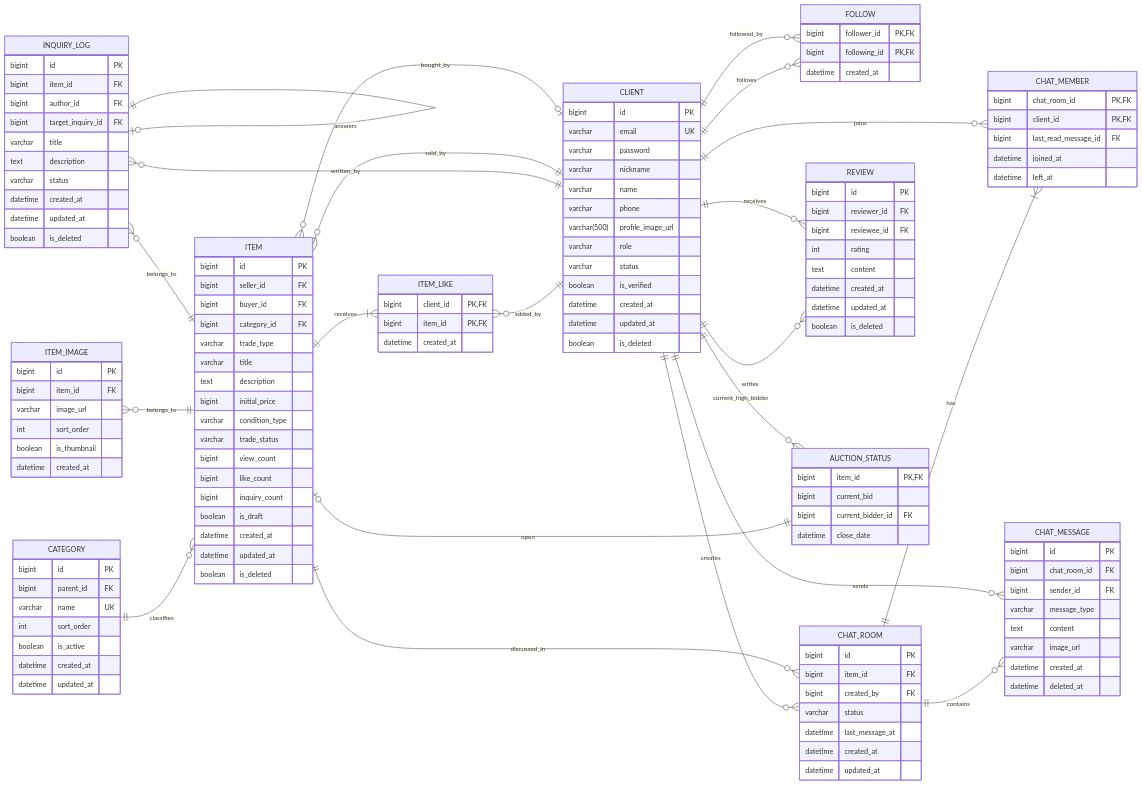
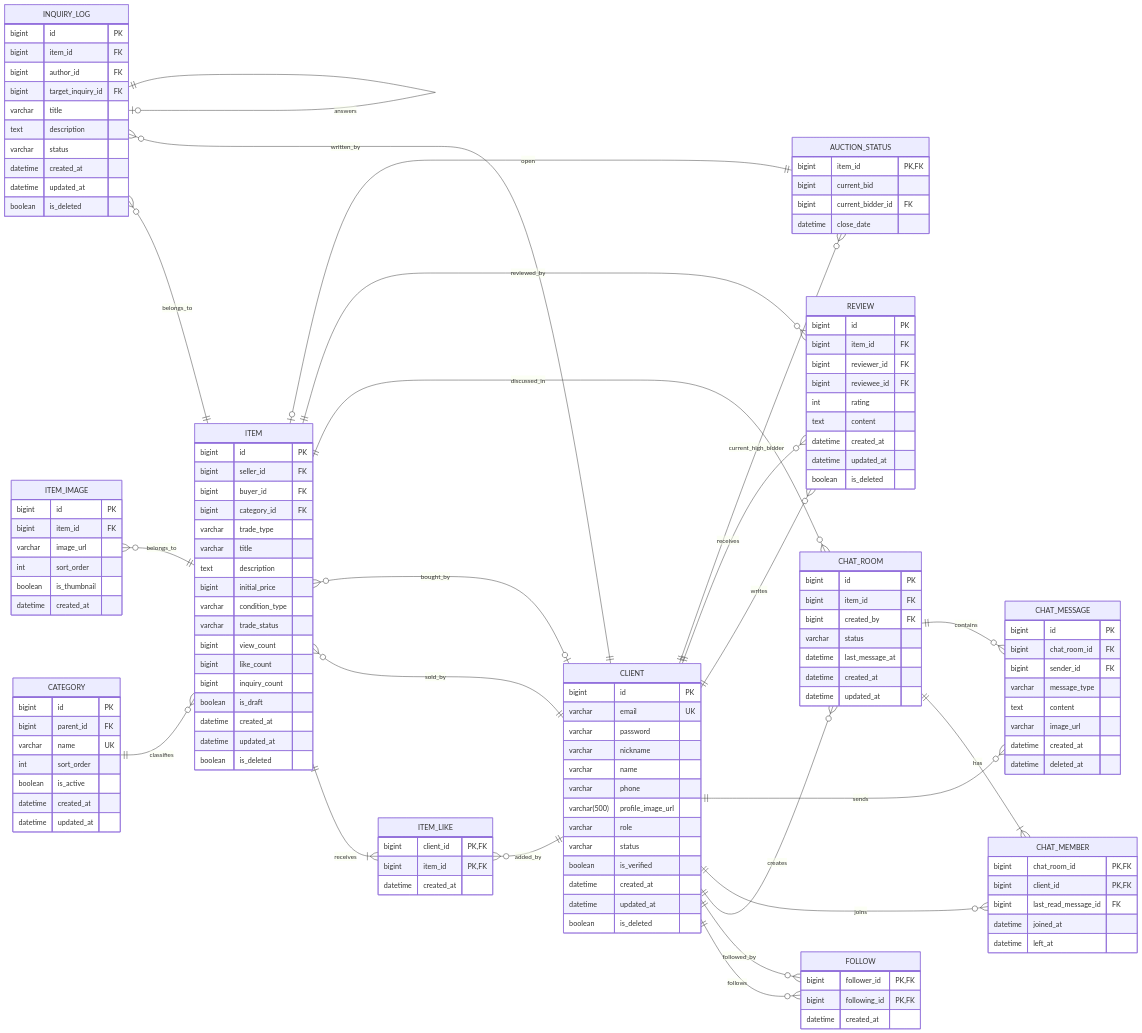
The diagram in docs/ERD.md (pcb2002/Cabbage-Market-10), drawn with Mermaid before and after one commit. The commit also changed 2 other files, not shown here.

Commit message:
docs: 리뷰 생성 정책 및 API 문서 반영

```diff
--- a/docs/ERD.md
+++ b/docs/ERD.md
@@ -27,6 +27,7 @@
 
     client ||--o{ review : writes
     client ||--o{ review : receives
+    item ||--o{ review : reviewed_by
 
     item |o--|| auctionStatus : open
     client ||--o{ auctionStatus : current_high_bidder
@@ -144,6 +145,7 @@
 
     review["REVIEW"] {
         bigint id PK
+        bigint item_id FK
         bigint reviewer_id FK
         bigint reviewee_id FK
         int rating
```
